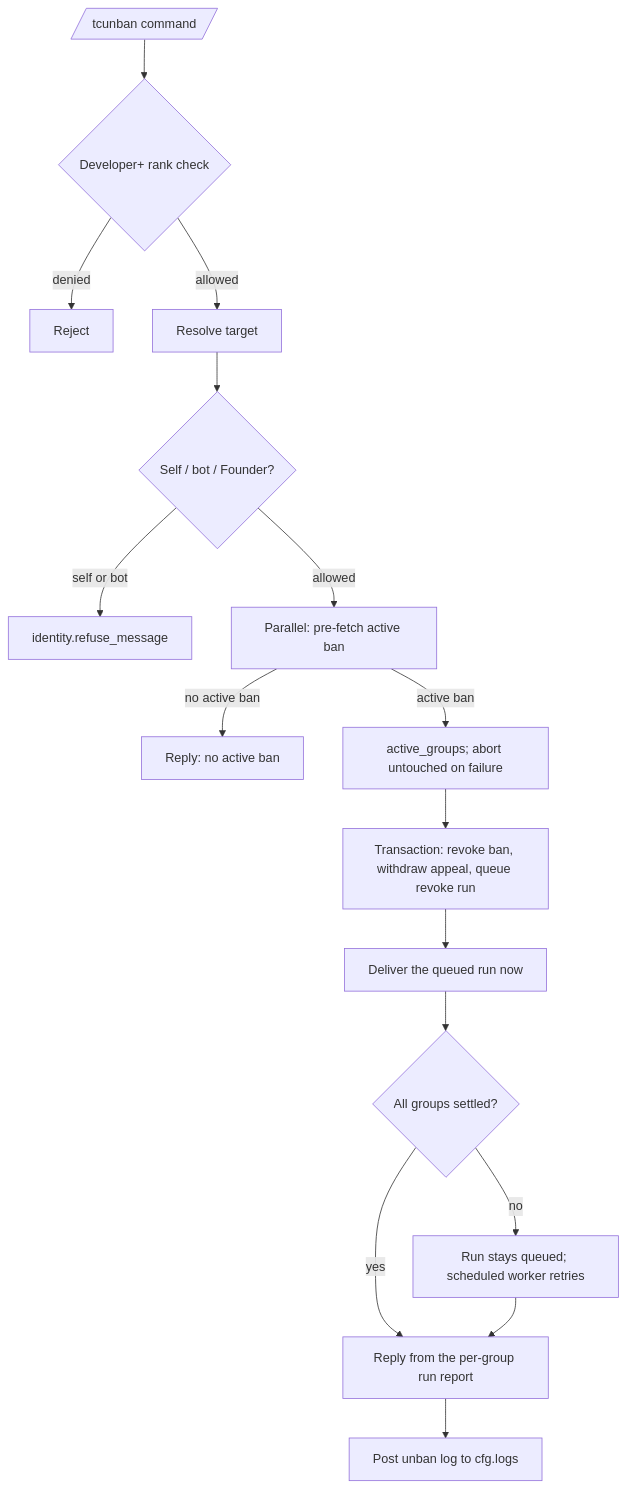
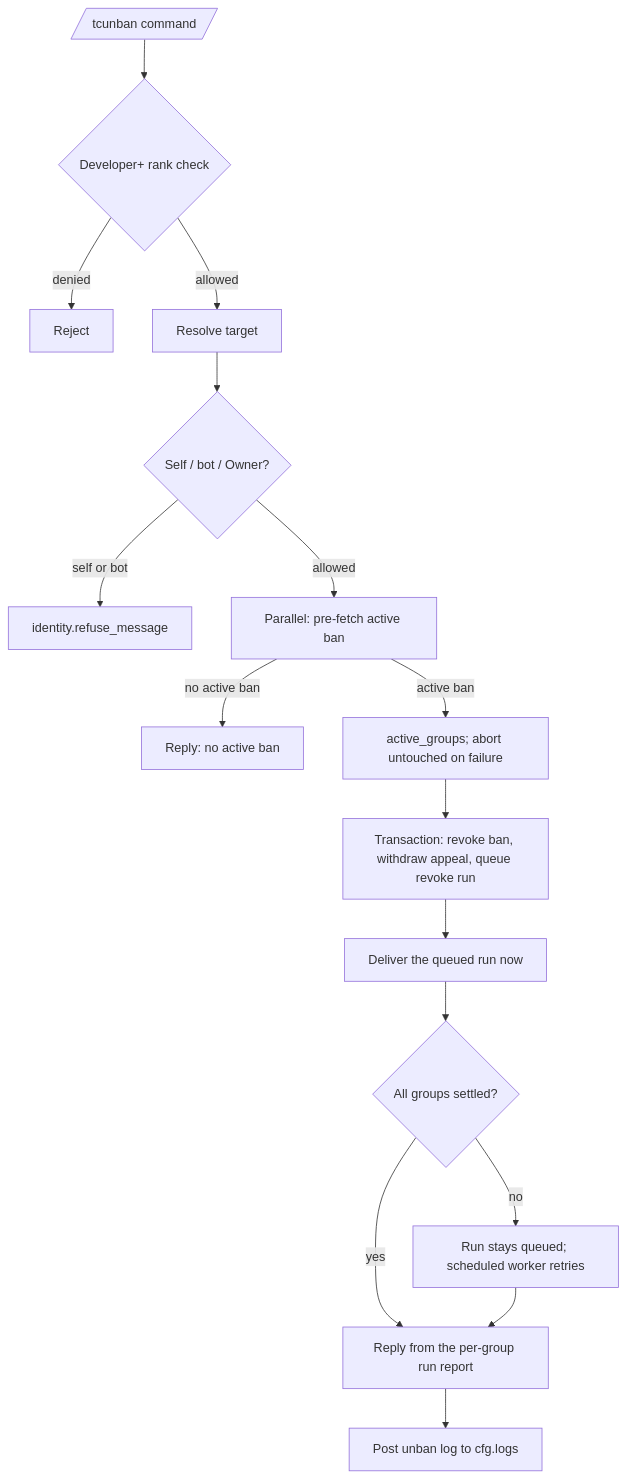
Before and after one commit to D1ZZY4/tcbot: the diagram in docs/features/moderation/unbanning.md, drawn with Mermaid. The commit also changed other lines of this file and 82 other files, not shown here.

````diff
--- a/docs/features/moderation/unbanning.md
+++ b/docs/features/moderation/unbanning.md
@@ -12,18 +12,18 @@
 ```mermaid
 flowchart TD
     Cmd[/tcunban command/] --> Perm{Developer+ rank check}
     Perm -->|denied| End1[Reject]
     Perm -->|allowed| Target[Resolve target]
-    Target --> Ident{Self / bot / Founder?}
+    Target --> Ident{Self / bot / Owner?}
     Ident -->|self or bot| Refuse[identity.refuse_message]
     Ident -->|allowed| Parallel[Parallel: pre-fetch active ban]
     Parallel -->|no active ban| NoBan[Reply: no active ban]
     Parallel -->|active ban| Groups[active_groups; abort untouched on failure]
     Groups --> Decision[Transaction: revoke ban, withdraw appeal, queue revoke run]
     Decision --> Deliver[Deliver the queued run now]
     Deliver --> Retry{All groups settled?}
     Retry -->|no| Queue[Run stays queued; scheduled worker retries]
     Retry -->|yes| Reply[Reply from the per-group run report]
     Queue --> Reply
     Reply --> Log[Post unban log to cfg.logs]
 ```
````
